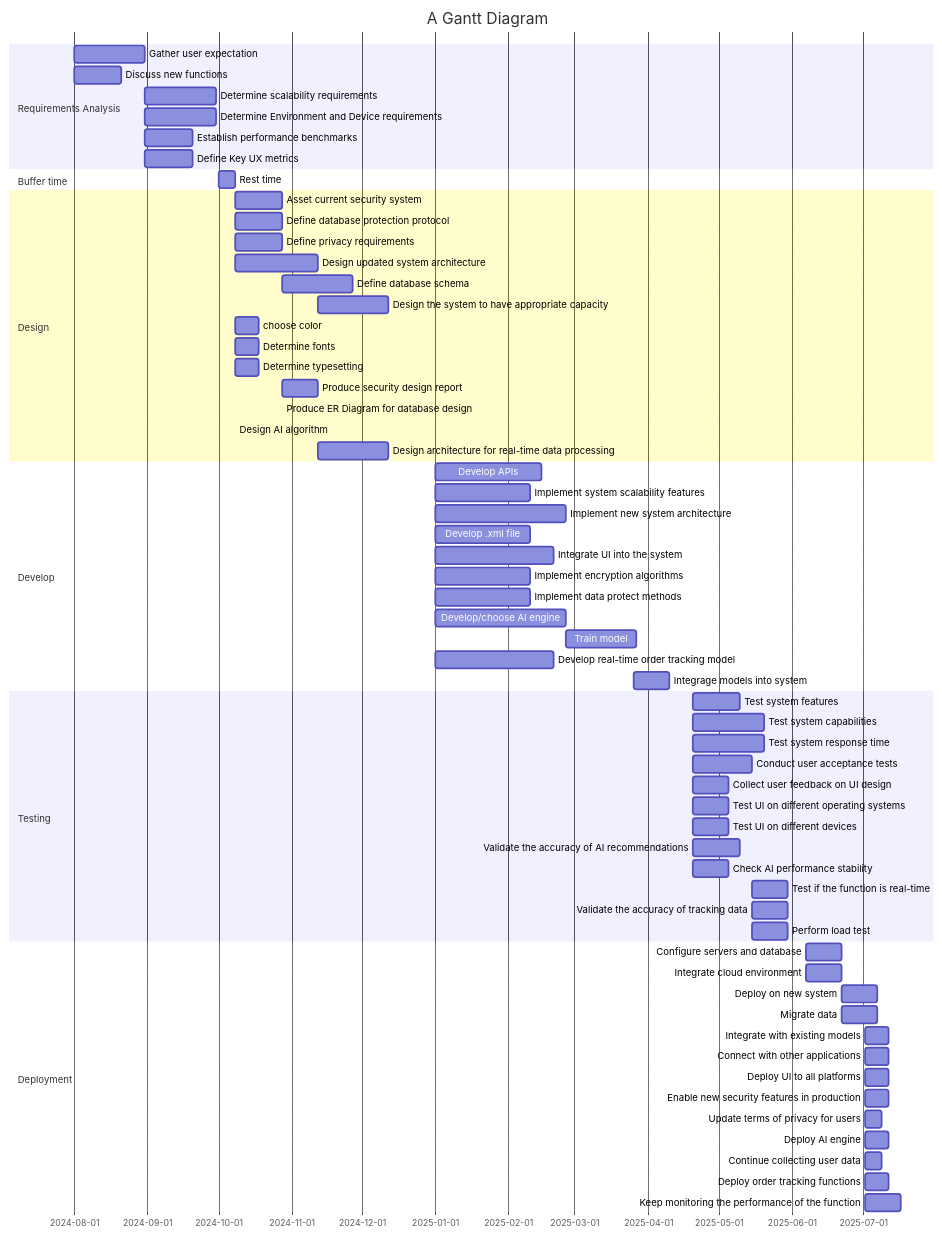
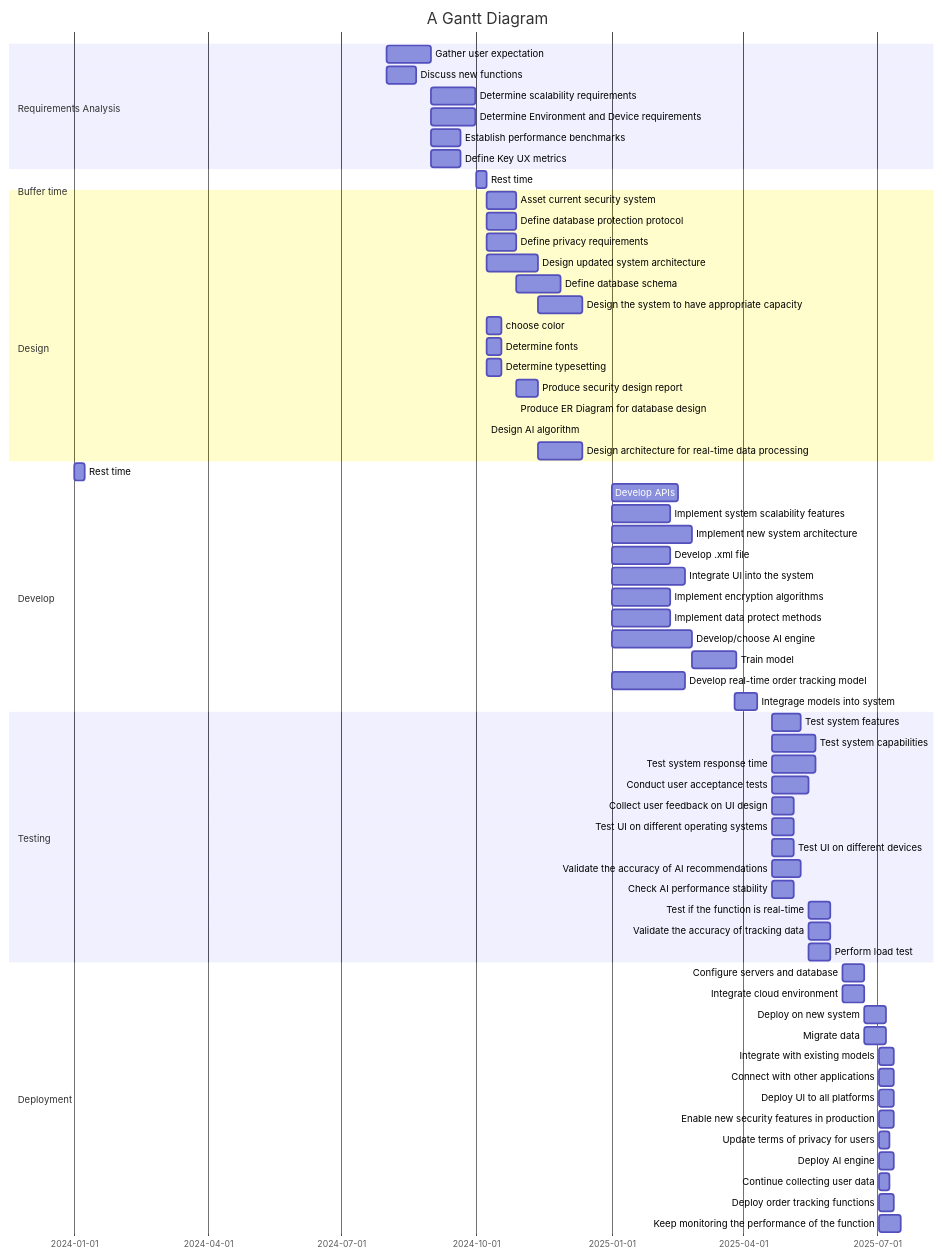
One commit to sayshelley/iodraw-files changed the diagram in all/Untitled-5.md. Above: the diagram before and after it, drawn with Mermaid.

Commit message:
2024-10-11 18:48:02 update

````diff
--- a/all/Untitled-5.md
+++ b/all/Untitled-5.md
@@ -1,76 +1,77 @@
 ```mermaid
 gantt
     title A Gantt Diagram
     dateFormat  YYYY-MM-DD
     section Requirements Analysis
         Gather user expectation: a4, 2024-08-01, 30d
         Discuss new functions: a6, 2024-08-01, 20d
         Determine scalability requirements: a1, after a4, 30d
         Determine Environment and Device requirements: a2, after a4, 30d
         Establish performance benchmarks: a3, after a4, 20d
         Define Key UX metrics: a5, after a4, 20d
     section Buffer time
         Rest time: 2024-10-01, 7d
         
     section Design
         Asset current security system: b1, 2024-10-08, 20d
         Define database protection protocol: b2, 2024-10-08, 20d
         Define privacy requirements: b3, 2024-10-08, 20d
         Design updated system architecture: b4, 2024-10-08, 35d
         Define database schema: b5, after b2, 30d
         Design the system to have appropriate capacity: b6, after b4, 30d
         choose color: b7, 2024-10-08, 10d
         Determine fonts: b8, 2024-10-08, 10d
         Determine typesetting: b9, 2024-10-08, 10d
         Produce security design report: b10, 2024-10-28 ,15d
         Produce ER Diagram for database design: b11, 2024-10-28, 15
         Design AI algorithm: b12, 2024-10-08, 35
         Design architecture for real-time data processing: b13, 2024-11-12,30d
-        
+    section Buffer time
+        Rest time: 2024-1-01, 7d
     section Develop
         Develop APIs: c1, 2025-01-01, 45d
         Implement system scalability features: c2, 2025-01-01, 40d
         Implement new system architecture: c3, 2025-01-01, 55d
         Develop .xml file: c4, 2025-01-01, 40d
         Integrate UI into the system: c5, 2025-01-01, 50d
         Implement encryption algorithms:c6, 2025-01-01, 40d
         Implement data protect methods: c7, 2025-01-01, 40d
         Develop/choose AI engine: c8, 2025-01-01, 55d
         Train model: c9, 2025-02-25, 30d
         Develop real-time order tracking model: c10, 2025-01-01, 50d
         Integrage models into system: c11, 2025-03-26, 15d
     section Testing
         Test system features: d1, 2025-04-20, 20d
         Test system capabilities: d2, 2025-04-20, 30d
         Test system response time: d3, 2025-04-20, 30d
         Conduct user acceptance tests: d4, 2025-04-20, 25d
         Collect user feedback on UI design: d5, 2025-04-20, 15d
         Test UI on different operating systems: d6, 2025-04-20, 15d
         Test UI on different devices: d7, 2025-04-20, 15d
         Validate the accuracy of AI recommendations: d8, 2025-04-20, 20d
         Check AI performance stability: d9, 2025-04-20, 15d
         Test if the function is real-time: d10, 2025-05-15, 15d
         Validate the accuracy of tracking data: d11, 2025-05-15, 15d
         Perform load test: d12, 2025-05-15, 15d
     section Deployment
         Configure servers and database: e1, 2025-06-07, 15d
         Integrate cloud environment: e2, 2025-06-07, 15d
         Deploy on new system: e3, 2025-06-22, 15d
         Migrate data: e4, 2025-06-22, 15d
         Integrate with existing models: e5, 2025-07-02, 10d
         Connect with other applications: e6, 2025-07-02,10d
         Deploy UI to all platforms: e7, 2025-07-02, 10d
         Enable new security features in production: e8, 2025-07-02, 10d
         Update terms of privacy for users: e9, 2025-07-02, 7d
         Deploy AI engine: e10, 2025-07-02,10d
         Continue collecting user data: e11, 2025-07-02, 7d
         Deploy order tracking functions: e12, 2025-07-02, 10d
         Keep monitoring the performance of the function: e13, 2025-07-02, 15d
     
         
 
     
 
 
    
 ```
````
